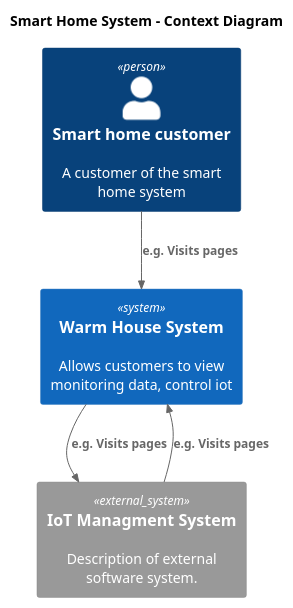
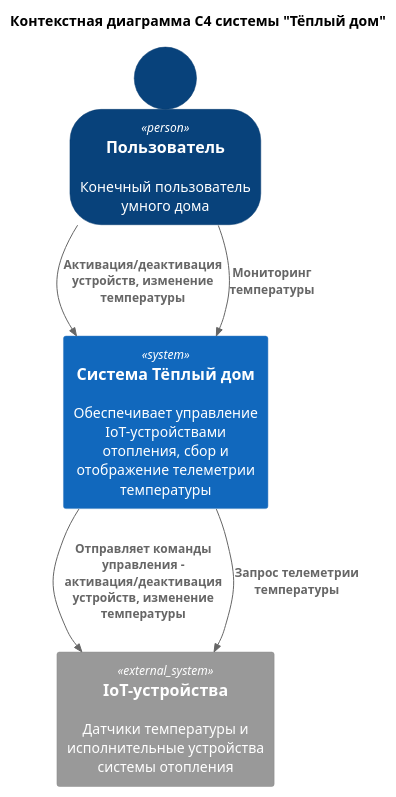
Before and after one commit to CostaVita/warmhouse: the first of 5 diagrams in README.md, drawn with PlantUML. The commit also changed other lines of this file and 5 other files, not shown here.

Commit message:
add diagrams

````diff
--- a/README.md
+++ b/README.md
@@ -76,18 +76,23 @@
 ```plantuml
-@startuml
+@startuml 
 !include https://raw.githubusercontent.com/plantuml-stdlib/C4-PlantUML/master/C4_Context.puml
 
-title Smart Home System - Context Diagram
+SHOW_PERSON_OUTLINE()
 
-Person(customer, "Smart home customer", "A customer of the smart home system")
+title Контекстная диаграмма C4 системы "Тёплый дом"
 
-System(warmHouse, "Warm House System", "Allows customers to view monitoring data, control iot")
+Person(homeowner, "Пользователь", "Конечный пользователь умного дома")
 
-System_Ext(iotManagement, "IoT Managment System", "Description of external software system.")
+System(warm_home_system, "Система Тёплый дом", "Обеспечивает управление IoT-устройствами отопления, сбор и отображение телеметрии температуры")
 
-Rel(customer, warmHouse, "e.g. Visits pages")
-Rel(warmHouse, iotManagement, "e.g. Visits pages")
-Rel(iotManagement, warmHouse, "e.g. Visits pages")
+System_Ext(iot_devices, "IoT-устройства", "Датчики температуры и исполнительные устройства системы отопления")
 
+Rel(homeowner, warm_home_system, "Активация/деактивация устройств, изменение температуры")
+
+Rel(homeowner, warm_home_system, "Мониторинг температуры")
+
+Rel(warm_home_system, iot_devices, "Отправляет команды управления - активация/деактивация устройств, изменение температуры")
+
+Rel(warm_home_system, iot_devices, "Запрос телеметрии температуры")
 @enduml
 ```
````
